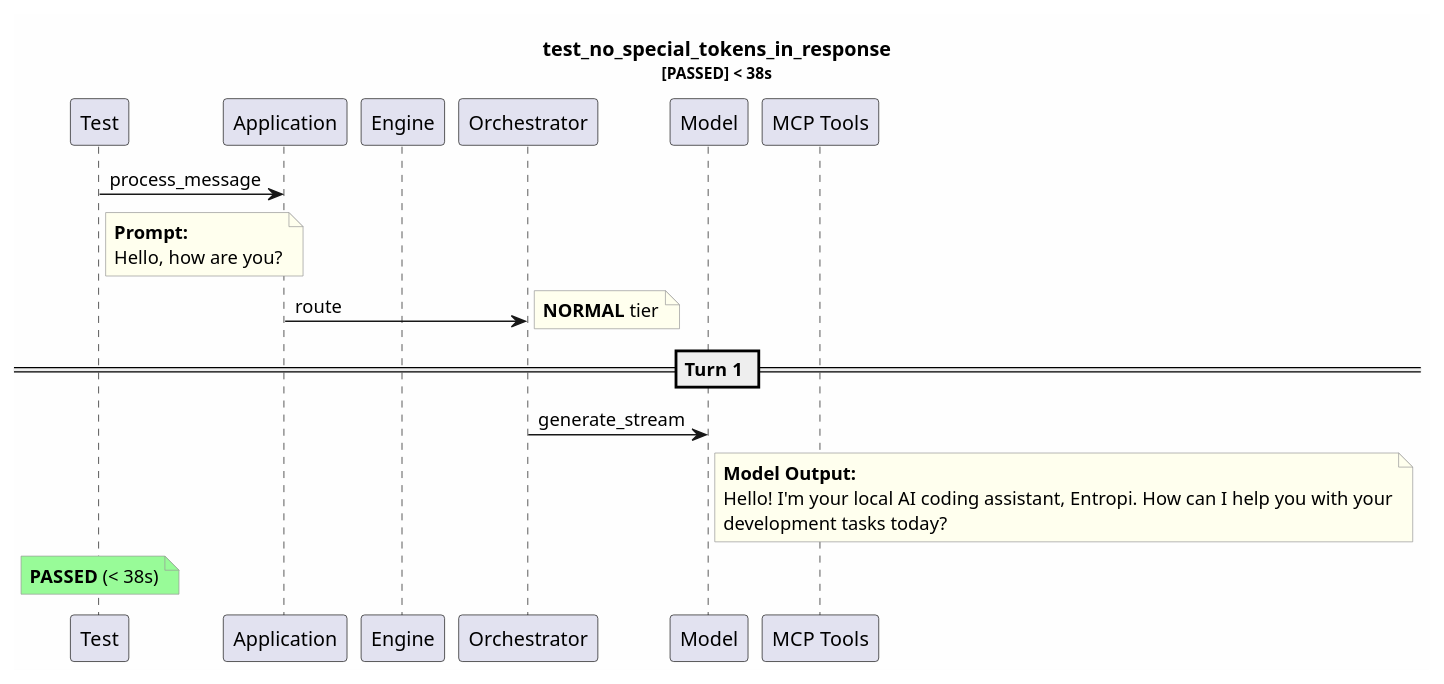
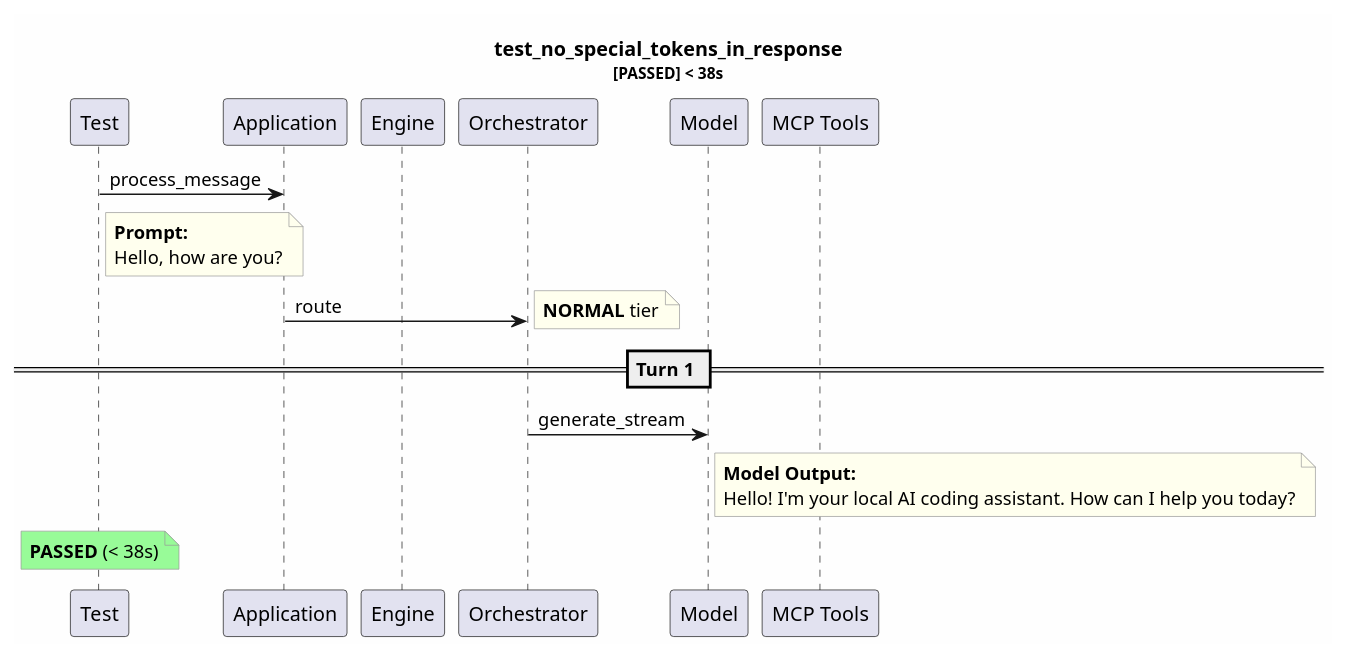
The diagram in test-reports/logs/test_no_special_tokens_in_response/test_no_special_tokens_in_response.puml (tvanfossen/entropic), drawn with PlantUML before and after one commit. The commit also changed 308 other files, not shown here.

```diff
--- a/test-reports/logs/test_no_special_tokens_in_response/test_no_special_tokens_in_response.puml
+++ b/test-reports/logs/test_no_special_tokens_in_response/test_no_special_tokens_in_response.puml
@@ -1,32 +1,31 @@
 @startuml
 skinparam backgroundColor #FEFEFE
 skinparam noteBorderColor #999999
 skinparam noteBackgroundColor #FFFFEE
 title test_no_special_tokens_in_response\n<size:11>[PASSED] < 38s</size>
 
 participant "Test" as T
 participant "Application" as App
 participant "Engine" as Eng
 participant "Orchestrator" as Orch
 participant "Model" as Mdl
 participant "MCP Tools" as MCP
 
 T -> App: process_message
 note right of T
   **Prompt:**
   Hello, how are you?
 end note
 App -> Orch: route
 note right: **NORMAL** tier
 == Turn 1 ==
 Orch -> Mdl: generate_stream
 note right of Mdl
   **Model Output:**
-  Hello! I'm your local AI coding assistant, Entropi. How can I help you with your
-  development tasks today?
+  Hello! I'm your local AI coding assistant. How can I help you today?
 end note
 note over T #palegreen
   **PASSED** (< 38s)
 end note
 
 @enduml
```
